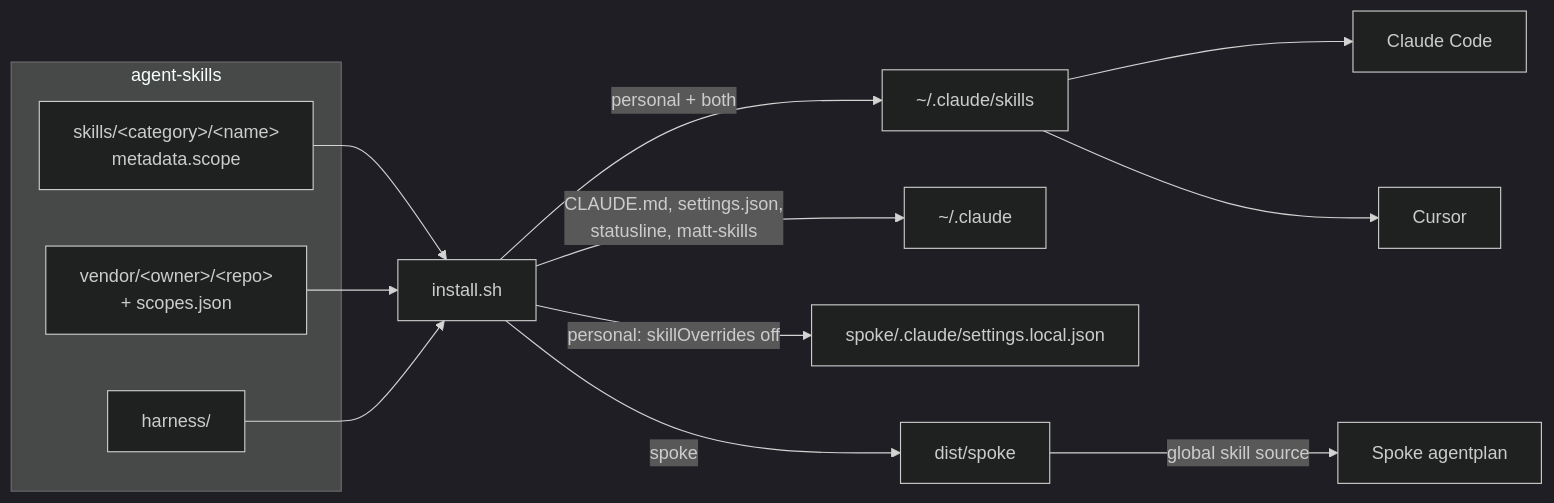
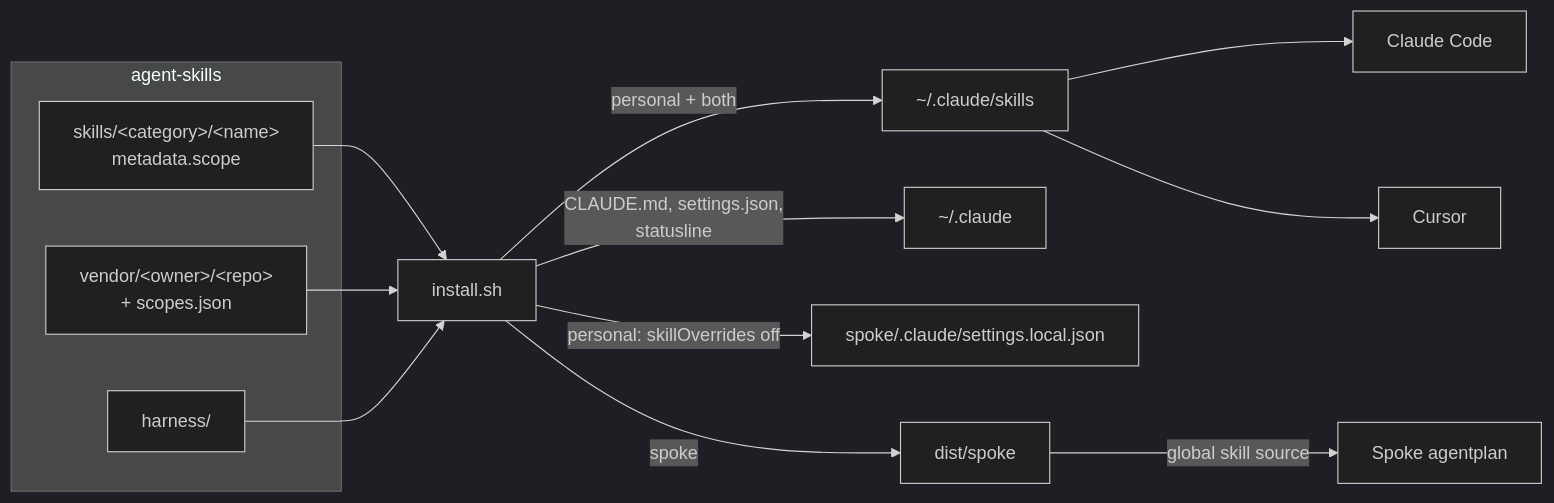
The second of 2 diagrams in README.md (willianjusten/agent-skills), drawn with Mermaid (dark theme) before and after one commit. The commit also changed other lines of this file, not shown here.

Commit message:
docs(readme): drop matt-skills copies from the layout

````diff
--- a/README.md
+++ b/README.md
@@ -145,19 +145,19 @@
 ```mermaid
 flowchart LR
     subgraph repo["agent-skills"]
         OWN["skills/&lt;category&gt;/&lt;name&gt;<br/>metadata.scope"]
         VEN["vendor/&lt;owner&gt;/&lt;repo&gt;<br/>+ scopes.json"]
         HAR["harness/"]
     end
     INS[install.sh]
     OWN --> INS
     VEN --> INS
     HAR --> INS
     INS -->|personal + both| GS["~/.claude/skills"]
-    INS -->|CLAUDE.md, settings.json,<br/>statusline, matt-skills| CH["~/.claude"]
+    INS -->|CLAUDE.md, settings.json,<br/>statusline| CH["~/.claude"]
     INS -->|personal: skillOverrides off| SL["spoke/.claude/settings.local.json"]
     INS -->|spoke| DS["dist/spoke"]
     DS -->|global skill source| AP["Spoke agentplan"]
     GS --> CC["Claude Code"]
     GS --> CU["Cursor"]
 ```
````
